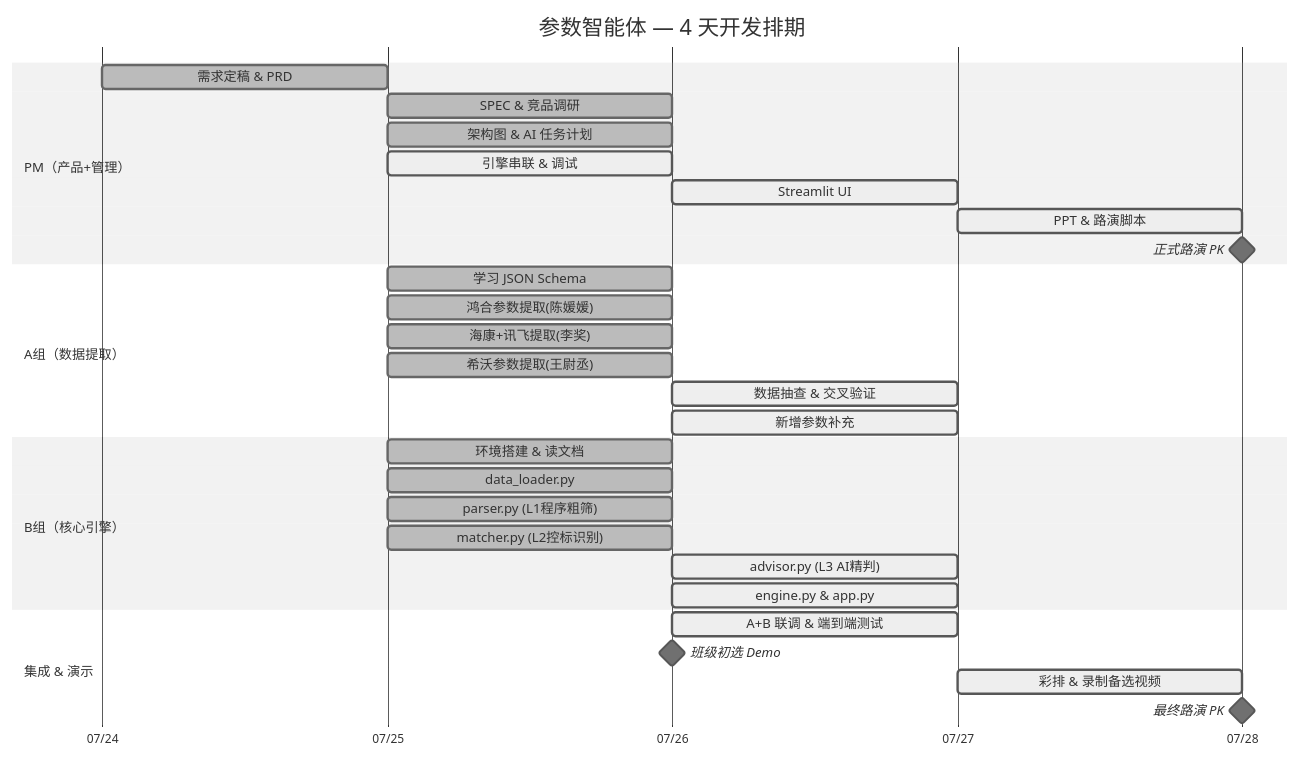
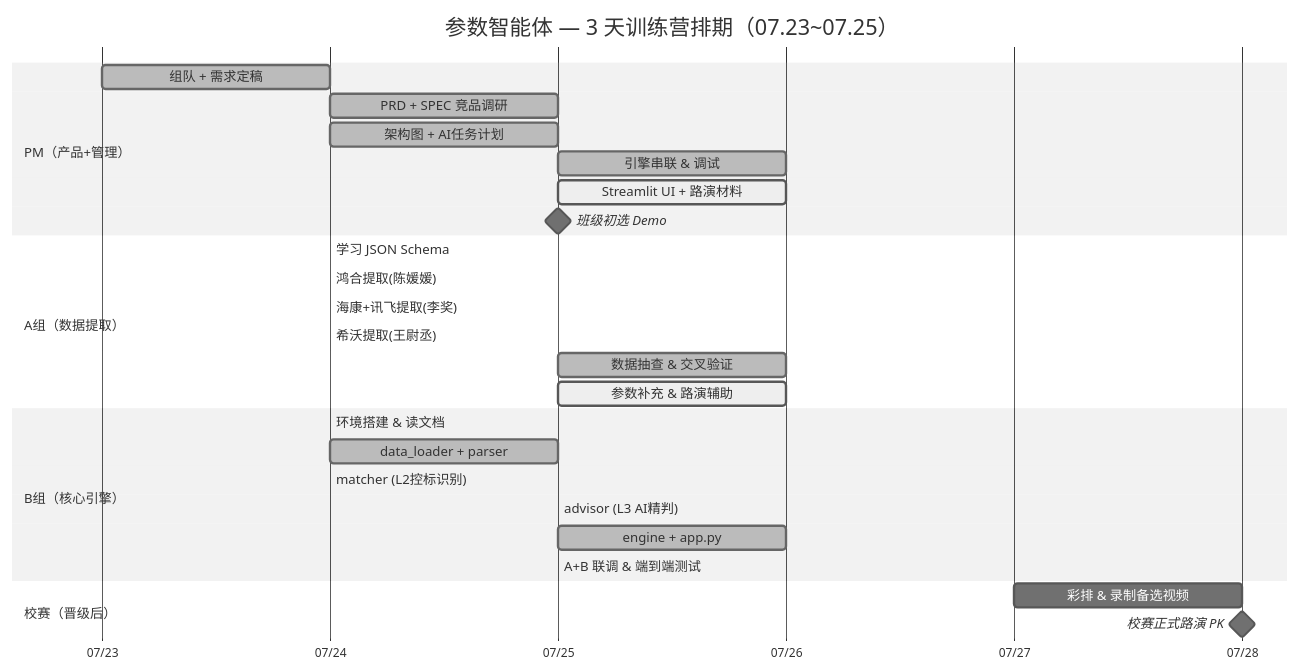
The diagram in docs/01-team-schedule.md (Zhangziqiang997/ifly-agent), drawn with Mermaid (neutral theme) before and after one commit. The commit also changed other lines of this file and 1 other file, not shown here.

Commit message:
v0.5.7 -- fix timeline: 3-day training camp (07.23-07.25) + school final (07.28)
- Correct Gantt chart from 4-day to 3-day sprint (07.23-07.25)
- Day 1 (07.23): team formation + PRD
- Day 2 (07.24): data extraction (parallel) + engine coding (parallel)
- Day 3 (07.25): integration + Streamlit UI + class prelim selection
- 07.28 school final is post-camp, only for winning team
- Update CLAUDE.md header + timeline section

````diff
--- a/docs/01-team-schedule.md
+++ b/docs/01-team-schedule.md
@@ -22,38 +24,35 @@
 ```mermaid
 gantt
-    title 参数智能体 — 4 天开发排期
+    title 参数智能体 — 3 天训练营排期（07.23~07.25）
     dateFormat  MM-DD
     axisFormat  %m/%d
     tickInterval 1day
 
     section PM（产品+管理）
-    需求定稿 & PRD        :done,    pm1, 07-24, 1d
-    SPEC & 竞品调研       :done,    pm2, 07-25, 1d
-    架构图 & AI 任务计划   :done,    pm3, 07-25, 1d
-    引擎串联 & 调试        :active,  pm4, 07-25, 1d
-    Streamlit UI           :active,  pm5, 07-26, 1d
-    PPT & 路演脚本          :active,  pm6, 07-27, 1d
-    正式路演 PK            :milestone, pm_m, 07-28, 0d
+    组队 + 需求定稿        :done,    pm0, 07-23, 1d
+    PRD + SPEC 竞品调研    :done,    pm1, 07-24, 1d
+    架构图 + AI任务计划     :done,    pm2, 07-24, 1d
+    引擎串联 & 调试         :done,    pm3, 07-25, 0.5d
+    Streamlit UI + 路演材料 :active,  pm4, 07-25, 0.5d
+    班级初选 Demo          :milestone, pm_m, 07-25, 0d
 
     section A组（数据提取）
-    学习 JSON Schema      :done,    a0, 07-25, 0.5d
-    鸿合参数提取(陈媛媛)    :done,    a1, 07-25, 0.5d
-    海康+讯飞提取(李奖)     :done,    a2, 07-25, 0.5d
-    希沃参数提取(王尉丞)    :done,    a3, 07-25, 0.5d
-    数据抽查 & 交叉验证     :active,  a4, 07-26, 0.5d
-    新增参数补充            :active,  a5, 07-26, 0.5d
+    学习 JSON Schema       :done,    a0, 07-24, 0.25d
+    鸿合提取(陈媛媛)       :done,    a1, 07-24, 0.25d
+    海康+讯飞提取(李奖)    :done,    a2, 07-24, 0.25d
+    希沃提取(王尉丞)       :done,    a3, 07-24, 0.25d
+    数据抽查 & 交叉验证     :done,    a4, 07-25, 0.5d
+    参数补充 & 路演辅助     :active,  a5, 07-25, 0.5d
 
     section B组（核心引擎）
-    环境搭建 & 读文档       :done,    b0, 07-25, 0.5d
-    data_loader.py         :done,    b1, 07-25, 0.5d
-    parser.py (L1程序粗筛)  :done,    b2, 07-25, 0.5d
-    matcher.py (L2控标识别) :done,    b3, 07-25, 0.5d
-    advisor.py (L3 AI精判)  :active,  b4, 07-26, 0.5d
-    engine.py & app.py      :active,  b5, 07-26, 1d
+    环境搭建 & 读文档       :done,    b0, 07-24, 0.25d
+    data_loader + parser    :done,    b1, 07-24, 0.5d
+    matcher (L2控标识别)    :done,    b2, 07-24, 0.25d
+    advisor (L3 AI精判)     :done,    b3, 07-25, 0.25d
+    engine + app.py         :done,    b4, 07-25, 0.5d
+    A+B 联调 & 端到端测试   :active,  b5, 07-25, 0.25d
 
-    section 集成 & 演示
-    A+B 联调 & 端到端测试   :active,  int1, 07-26, 1d
-    班级初选 Demo           :milestone, int_m1, 07-26, 0d
-    彩排 & 录制备选视频      :active,  int2, 07-27, 1d
-    最终路演 PK             :milestone, int_m2, 07-28, 0d
+    section 校赛（晋级后）
+    彩排 & 录制备选视频      :         s1, 07-27, 1d
+    校赛正式路演 PK         :milestone, s_m, 07-28, 0d
 ```
````
